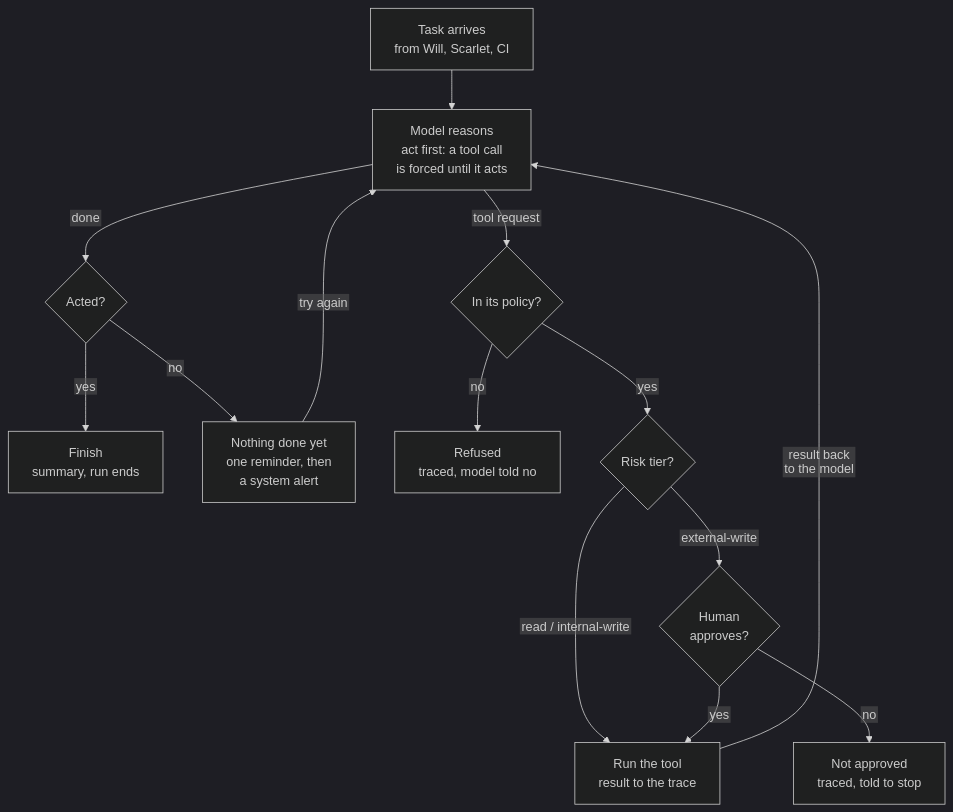
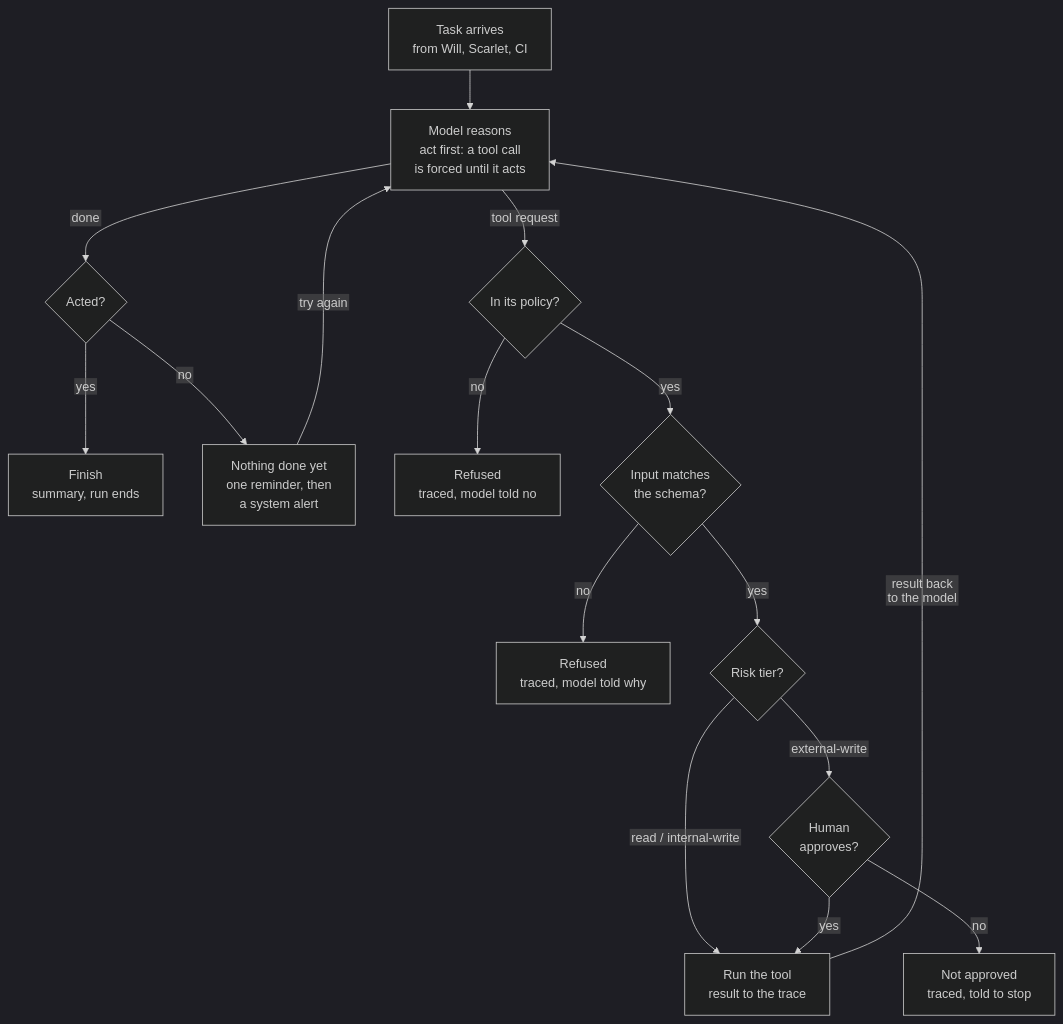
Before and after one commit to willshchang/WSHC-ZTAI-Lab: the first of 2 diagrams in 03-agents/README.md, drawn with Mermaid (dark theme). The commit also changed other lines of this file and 5 other files, not shown here.

````diff
--- a/03-agents/README.md
+++ b/03-agents/README.md
@@ -45,17 +47,19 @@
 ```mermaid
 %%{init: {"flowchart": {"htmlLabels": false}}}%%
 flowchart TD
     task["Task arrives<br/>from Will, Scarlet, CI"] --> model["Model reasons<br/>act first: a tool call<br/>is forced until it acts"]
     model -->|"done"| acted{"Acted?"}
     acted -->|"yes"| finish["Finish<br/>summary, run ends"]
     acted -->|"no"| remind["Nothing done yet<br/>one reminder, then<br/>a system alert"]
     remind -->|"try again"| model
     model -->|"tool request"| policy{"In its policy?"}
     policy -->|"no"| refused["Refused<br/>traced, model told no"]
-    policy -->|"yes"| risk{"Risk tier?"}
+    policy -->|"yes"| schema{"Input matches<br/>the schema?"}
+    schema -->|"no"| invalid["Refused<br/>traced, model told why"]
+    schema -->|"yes"| risk{"Risk tier?"}
     risk -->|"read / internal-write"| run["Run the tool<br/>result to the trace"]
     risk -->|"external-write"| human{"Human<br/>approves?"}
     human -->|"yes"| run
     human -->|"no"| denied["Not approved<br/>traced, told to stop"]
     run -->|"result back<br/>to the model"| model
 ```
````
